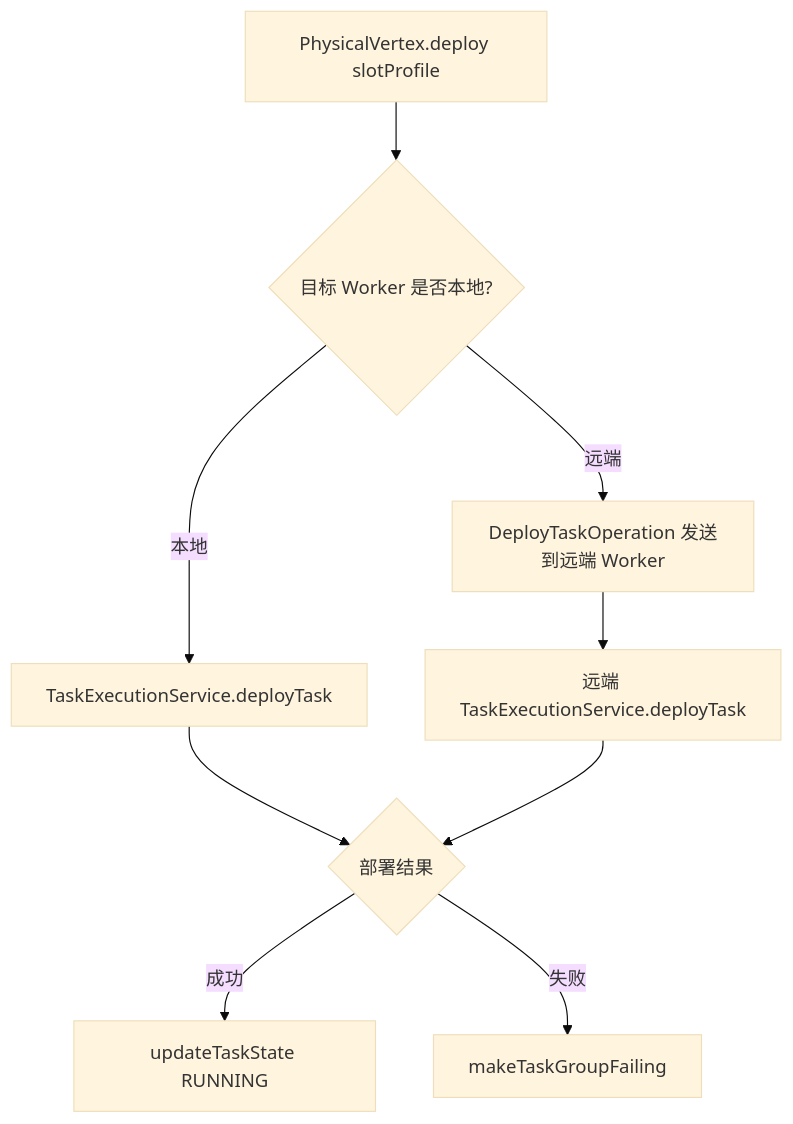
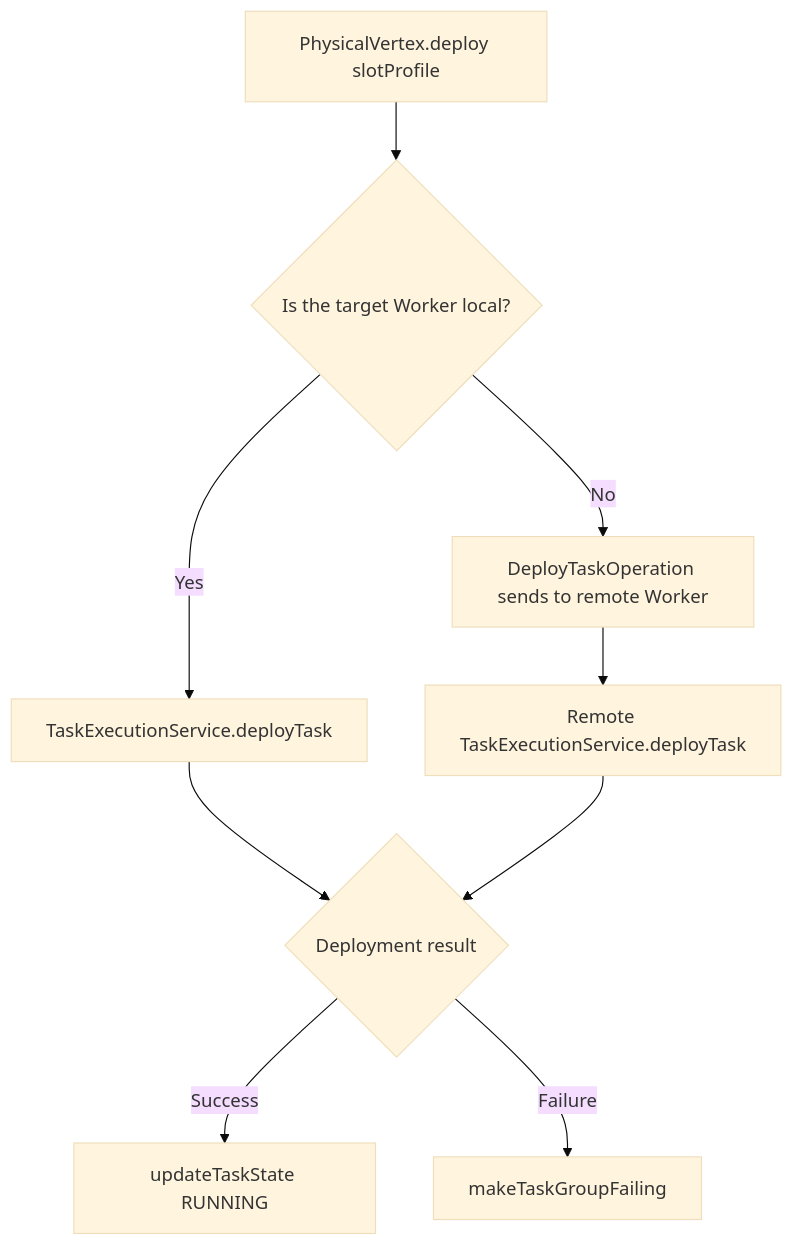
Before and after one commit to apache/seatunnel-website: the fifth of 7 diagrams in blog/2026-07-07-seatunnel-submit-job-flow.md, drawn with Mermaid (base theme). The commit also changed other lines of this file and 1 other file, not shown here.

Commit message:
[Blog] Add English translation for job submission flow

````diff
--- a/blog/2026-07-07-seatunnel-submit-job-flow.md
+++ b/blog/2026-07-07-seatunnel-submit-job-flow.md
@@ -179,11 +179,11 @@
 ```mermaid
 flowchart TD
-    A[PhysicalVertex.deploy slotProfile] --> B{目标 Worker 是否本地?}
-    B -- 本地 --> C[TaskExecutionService.deployTask]
-    B -- 远端 --> D[DeployTaskOperation 发送到远端 Worker]
-    D --> E[远端 TaskExecutionService.deployTask]
-    C --> F{部署结果}
+    A[PhysicalVertex.deploy slotProfile] --> B{Is the target Worker local?}
+    B -- Yes --> C[TaskExecutionService.deployTask]
+    B -- No --> D[DeployTaskOperation sends to remote Worker]
+    D --> E[Remote TaskExecutionService.deployTask]
+    C --> F{Deployment result}
     E --> F
-    F -- 成功 --> G[updateTaskState RUNNING]
-    F -- 失败 --> H[makeTaskGroupFailing]
+    F -- Success --> G[updateTaskState RUNNING]
+    F -- Failure --> H[makeTaskGroupFailing]
 ```
````
